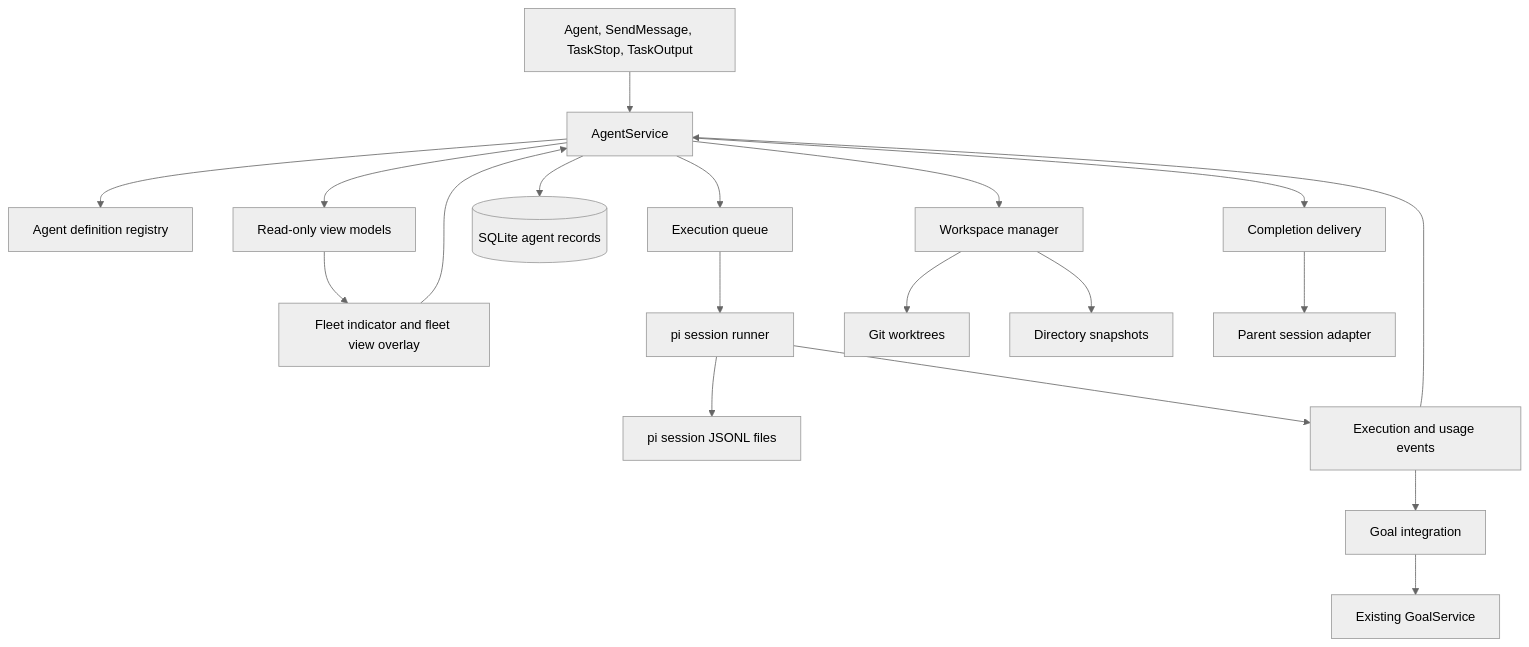
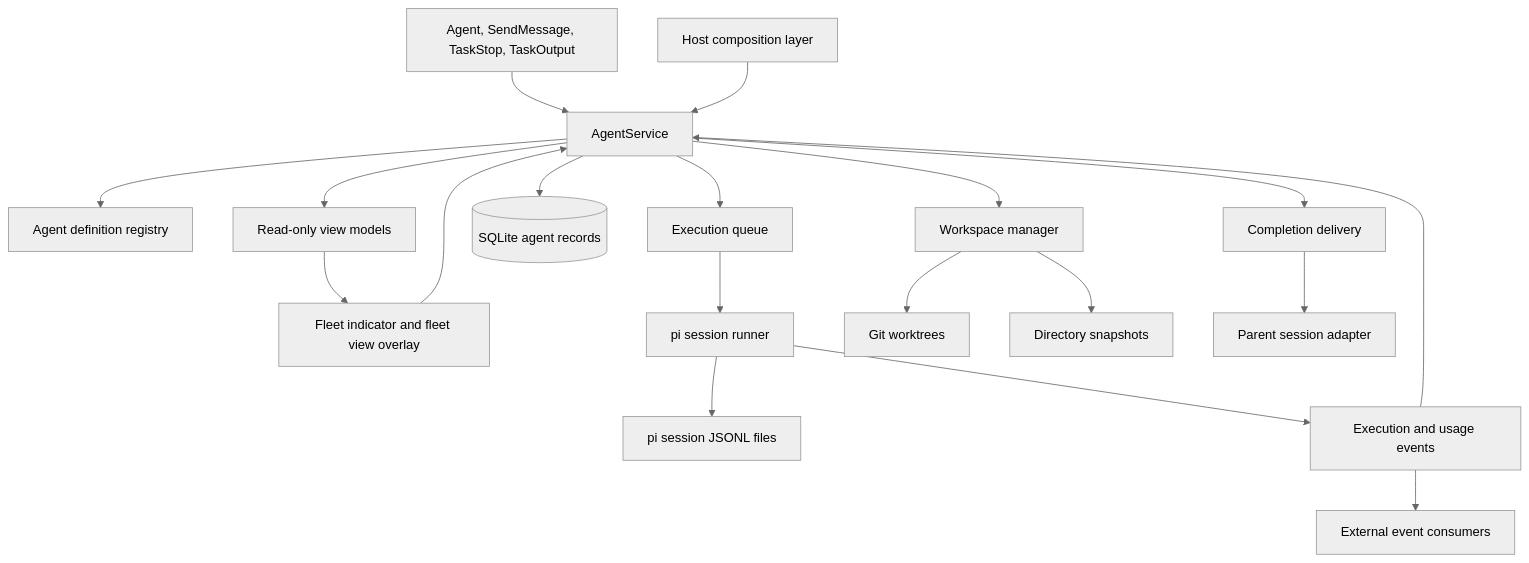
Before and after one commit to WeZZard/pi-secretary: the first of 6 diagrams in docs/arch/subagents.md, drawn with Mermaid (neutral theme). The commit also changed other lines of this file and 43 other files, not shown here.

Commit message:
Decouple subagents from goals through external composition

````diff
--- a/docs/arch/subagents.md
+++ b/docs/arch/subagents.md
@@ -53,21 +55,21 @@
 ```mermaid
 flowchart TB
     Tools[Agent, SendMessage, TaskStop, TaskOutput] --> Service[AgentService]
     UI[Fleet indicator and fleet view overlay] --> Service
     Service --> Registry[Agent definition registry]
     Service --> Scheduler[Execution queue]
     Scheduler --> Runner[pi session runner]
     Service --> Workspaces[Workspace manager]
     Workspaces --> Worktrees[Git worktrees]
     Workspaces --> Snapshots[Directory snapshots]
     Service --> Store[(SQLite agent records)]
     Runner --> Sessions[pi session JSONL files]
     Runner --> Events[Execution and usage events]
     Events --> Service
     Service --> Delivery[Completion delivery]
     Delivery --> Parent[Parent session adapter]
     Service --> Views[Read-only view models]
     Views --> UI
-    Events --> Goals[Goal integration]
-    Goals --> GoalService[Existing GoalService]
+    Events --> Consumers[External event consumers]
+    Host[Host composition layer] --> Service
 ```
````
